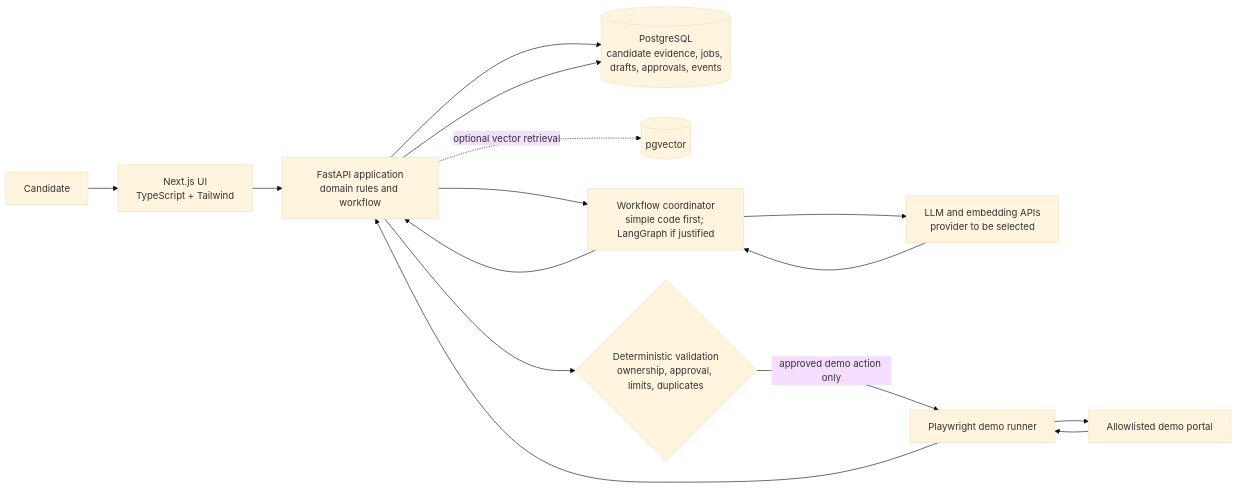
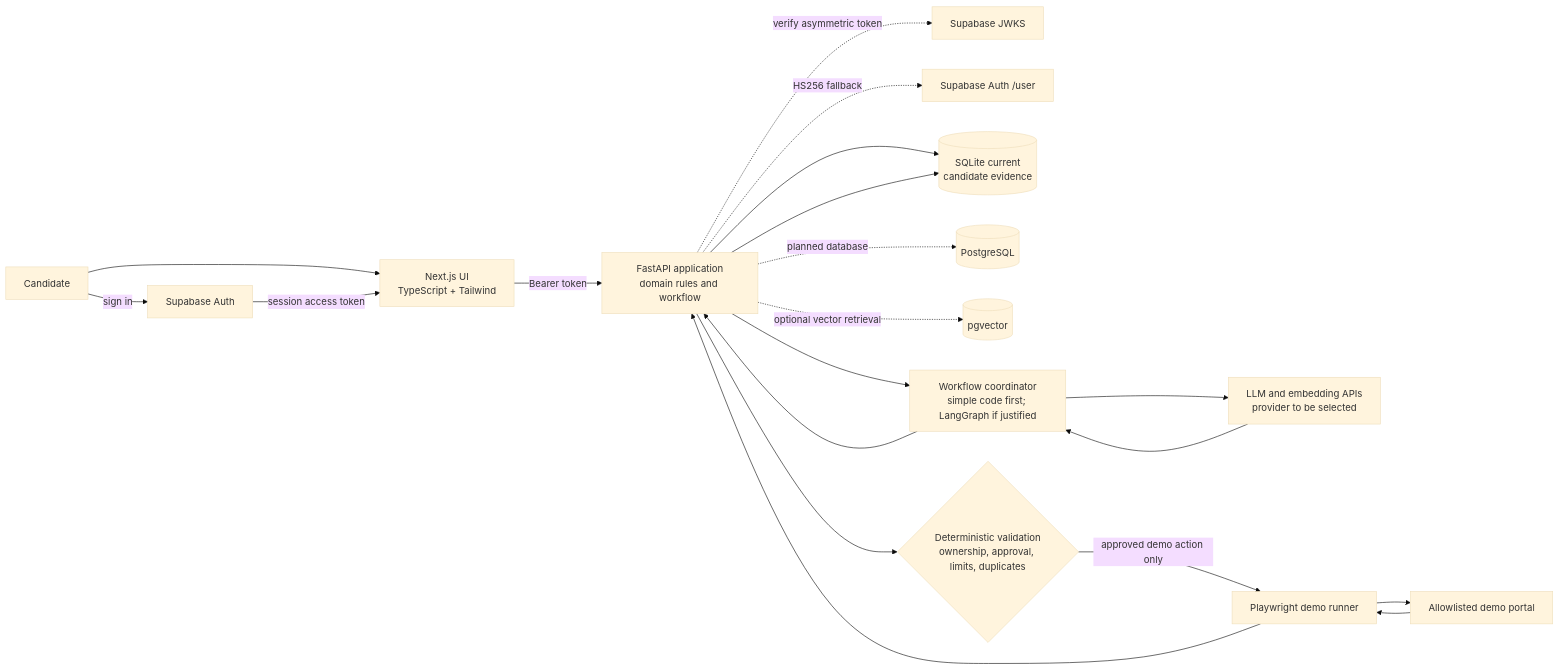
Before and after one commit to dhanushsure07-droid/Careerpilot: the diagram in docs/architecture.md, drawn with Mermaid (base theme). The commit also changed other lines of this file and 8 other files, not shown here.

Commit message:
Add Supabase authentication and candidate ownership

````diff
--- a/docs/architecture.md
+++ b/docs/architecture.md
@@ -36,17 +36,22 @@
 ```mermaid
 flowchart LR
     C[Candidate] --> UI[Next.js UI<br/>TypeScript + Tailwind]
-    UI --> API[FastAPI application<br/>domain rules and workflow]
-    API --> DB[(PostgreSQL<br/>candidate evidence, jobs, drafts, approvals, events)]
+    C -->|sign in| AUTH[Supabase Auth]
+    AUTH -->|session access token| UI
+    UI -->|Bearer token| API[FastAPI application<br/>domain rules and workflow]
+    API -. verify asymmetric token .-> JWKS[Supabase JWKS]
+    API -. HS256 fallback .-> AUTHUSER[Supabase Auth /user]
+    API --> DB[(SQLite current<br/>candidate evidence)]
+    API -. planned database .-> PG[(PostgreSQL)]
     API -. optional vector retrieval .-> V[(pgvector)]
     API --> WF[Workflow coordinator<br/>simple code first; LangGraph if justified]
     WF --> LLM[LLM and embedding APIs<br/>provider to be selected]
     LLM --> WF
     WF --> API
     API --> GATE{Deterministic validation<br/>ownership, approval, limits, duplicates}
     GATE -->|approved demo action only| PW[Playwright demo runner]
     PW --> DEMO[Allowlisted demo portal]
     DEMO --> PW
     PW --> API
     API --> DB
 ```
````
